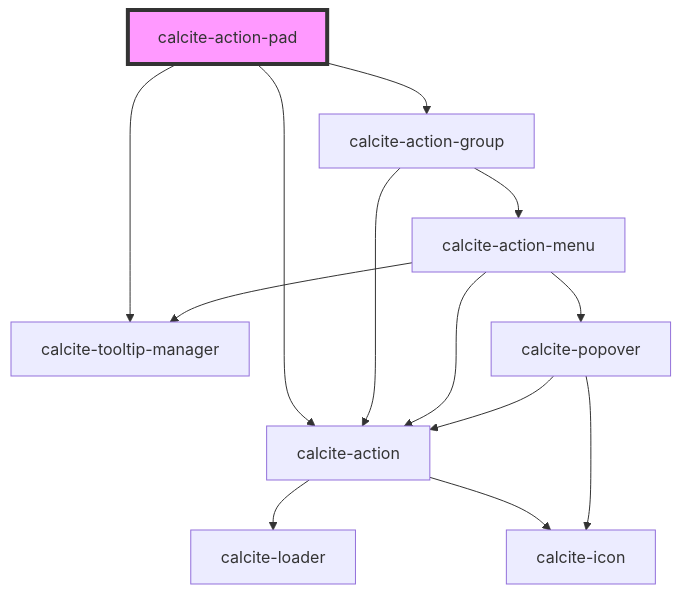
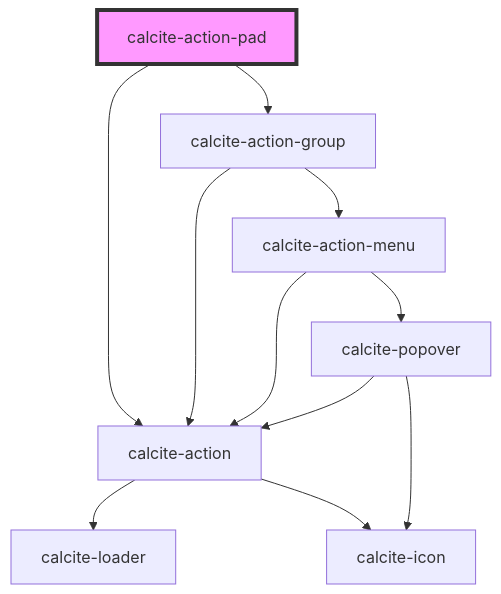
One commit to vikivakarvc/calcite-design-system changed the diagram in src/components/action-pad/readme.md. Above: the diagram before and after it, drawn with Mermaid. The commit also changed other lines of this file and 9 other files, not shown here.

````diff
--- a/src/components/action-pad/readme.md
+++ b/src/components/action-pad/readme.md
@@ -96,16 +95,14 @@
 ```mermaid
 graph TD;
   calcite-action-pad --> calcite-action-group
   calcite-action-pad --> calcite-action
-  calcite-action-pad --> calcite-tooltip-manager
   calcite-action-group --> calcite-action-menu
   calcite-action-group --> calcite-action
   calcite-action-menu --> calcite-action
-  calcite-action-menu --> calcite-tooltip-manager
   calcite-action-menu --> calcite-popover
   calcite-action --> calcite-loader
   calcite-action --> calcite-icon
   calcite-popover --> calcite-action
   calcite-popover --> calcite-icon
   style calcite-action-pad fill:#f9f,stroke:#333,stroke-width:4px
 ```
````
